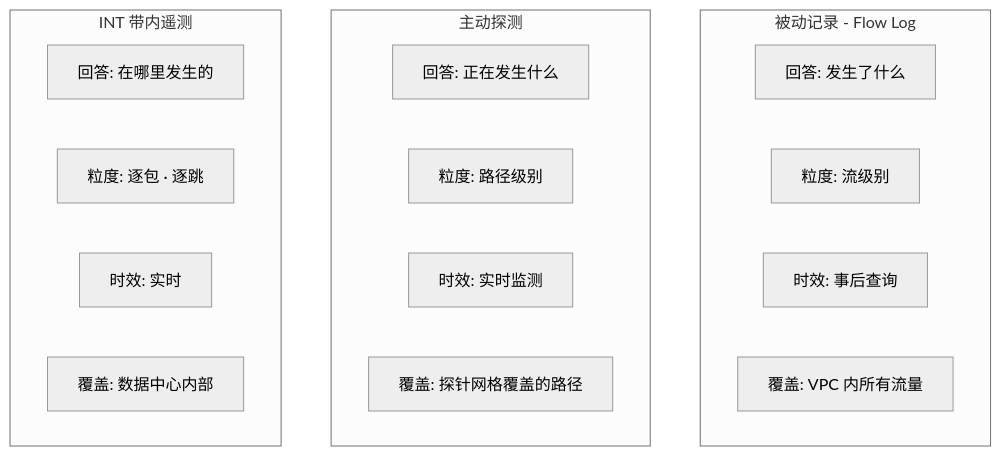
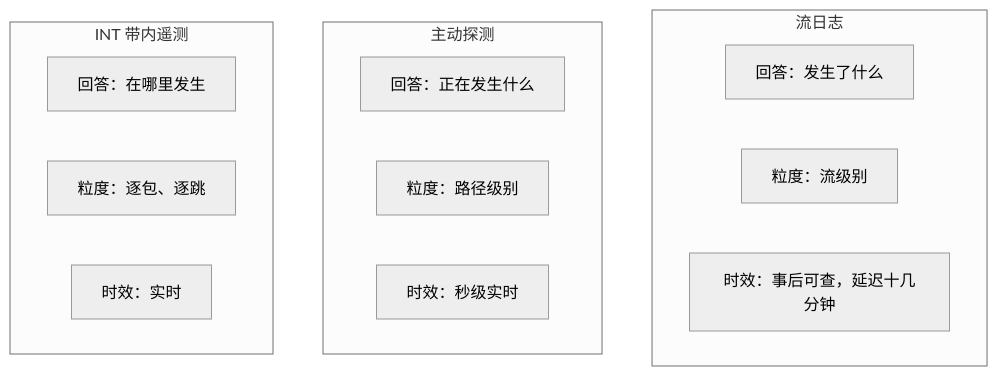
Before and after one commit to caozhiyi/network-book: the fourth of 4 diagrams in docs/29.在用户感知之前发现故障主动探测.md, drawn with Mermaid (neutral theme). The commit also changed other lines of this file and 14 other files, not shown here.

````diff
--- a/docs/29.在用户感知之前发现故障主动探测.md
+++ b/docs/29.在用户感知之前发现故障主动探测.md
@@ -205,23 +210,18 @@
 ```mermaid
 graph TB
-    subgraph 被动记录 - Flow Log
-        FL1[回答: 发生了什么]
-        FL2[粒度: 流级别]
-        FL3[时效: 事后查询]
-        FL4[覆盖: VPC 内所有流量]
+    subgraph FL["流日志"]
+        FL1["回答：发生了什么"]
+        FL2["粒度：流级别"]
+        FL3["时效：事后可查，延迟十几分钟"]
     end
-    
-    subgraph 主动探测
-        AP1[回答: 正在发生什么]
-        AP2[粒度: 路径级别]
-        AP3[时效: 实时监测]
-        AP4[覆盖: 探针网格覆盖的路径]
+    subgraph AP["主动探测"]
+        AP1["回答：正在发生什么"]
+        AP2["粒度：路径级别"]
+        AP3["时效：秒级实时"]
     end
-    
-    subgraph INT 带内遥测
-        INT1[回答: 在哪里发生的]
-        INT2[粒度: 逐包 · 逐跳]
-        INT3[时效: 实时]
-        INT4[覆盖: 数据中心内部]
+    subgraph IN["INT 带内遥测"]
+        IN1["回答：在哪里发生"]
+        IN2["粒度：逐包、逐跳"]
+        IN3["时效：实时"]
     end
 ```
````
